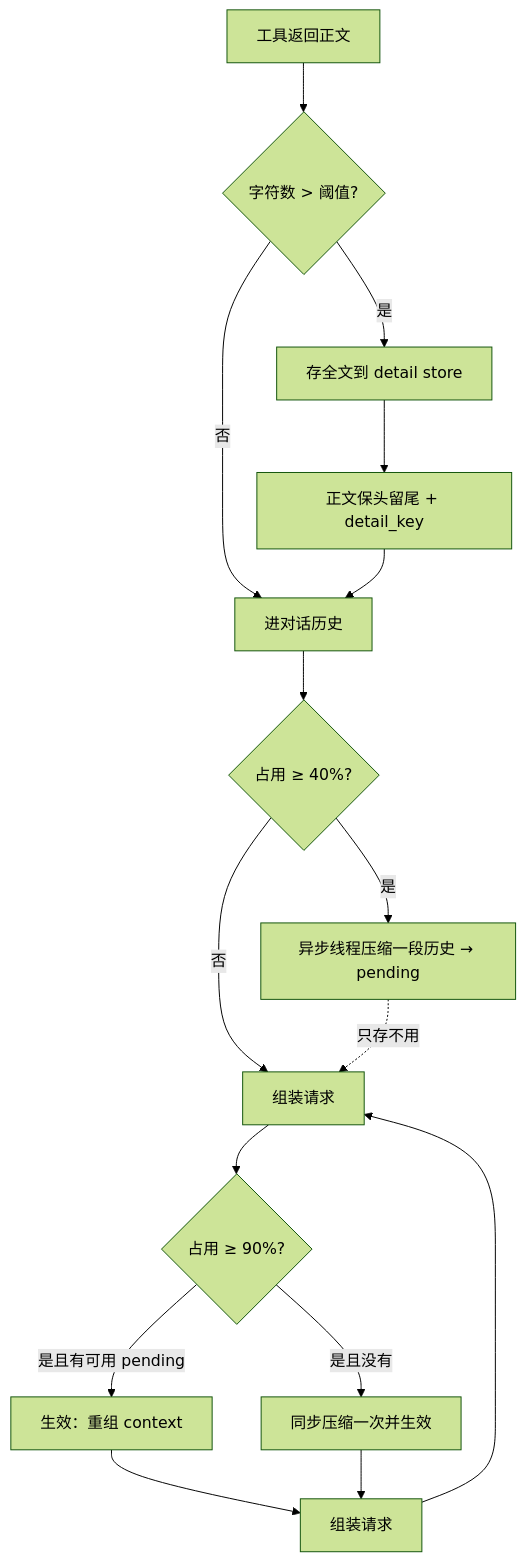
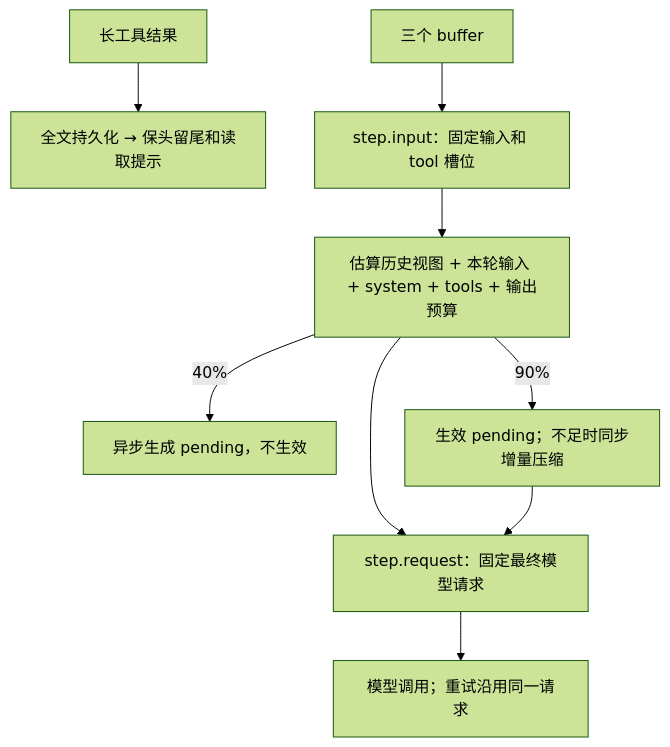
One commit to HymioSpace/Oath changed the diagram in spec/feature-compaction.md. Above: the diagram before and after it, drawn with Mermaid (forest theme). The commit also changed other lines of this file and 18 other files, not shown here.

````diff
--- a/spec/feature-compaction.md
+++ b/spec/feature-compaction.md
@@ -13,18 +11,11 @@
 ```mermaid
 flowchart TD
-    T[工具返回正文] --> L1{字符数 > 阈值?}
-    L1 -->|是| L1A[存全文到 detail store]
-    L1A --> L1B[正文保头留尾 + detail_key]
-    L1 -->|否| M[进对话历史]
-    L1B --> M
-    M --> U{占用 ≥ 40%?}
-    U -->|是| A[异步线程压缩一段历史 → pending]
-    U -->|否| Req[组装请求]
-    A -.只存不用.-> Req
-    Req --> S{占用 ≥ 90%?}
-    S -->|是且有可用 pending| AP[生效：重组 context]
-    S -->|是且没有| SY[同步压缩一次并生效]
-    AP --> Req2[组装请求]
-    SY --> Req2
-    Req2 --> Req
+    Result[长工具结果] --> Detail[全文持久化 → 保头留尾和读取提示]
+    Input[三个 buffer] --> Claim[step.input：固定输入和 tool 槽位]
+    Claim --> Usage[估算历史视图 + 本轮输入 + system + tools + 输出预算]
+    Usage -->|40%| Async[异步生成 pending，不生效]
+    Usage -->|90%| Apply[生效 pending；不足时同步增量压缩]
+    Usage --> Freeze[step.request：固定最终模型请求]
+    Apply --> Freeze
+    Freeze --> Model[模型调用；重试沿用同一请求]
 ```
````
